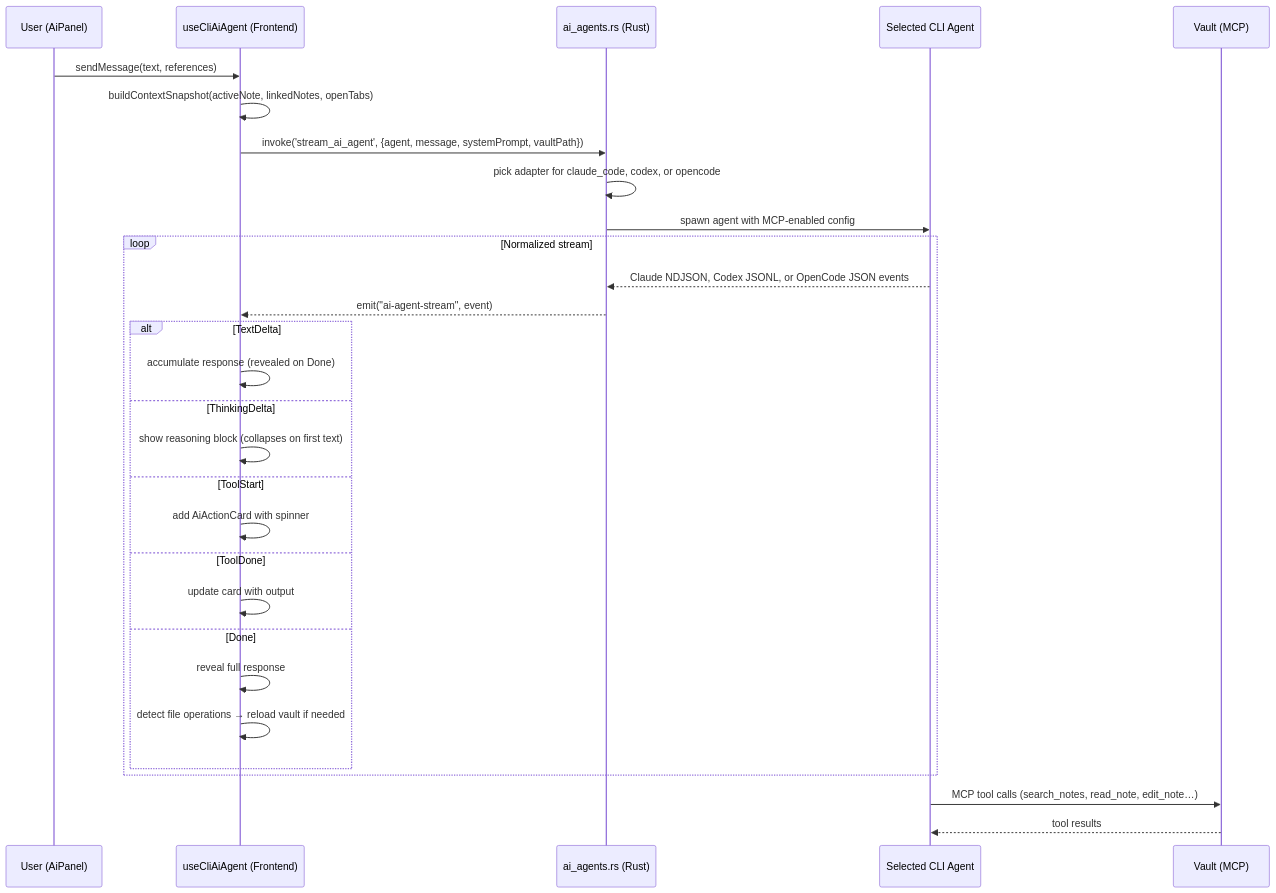
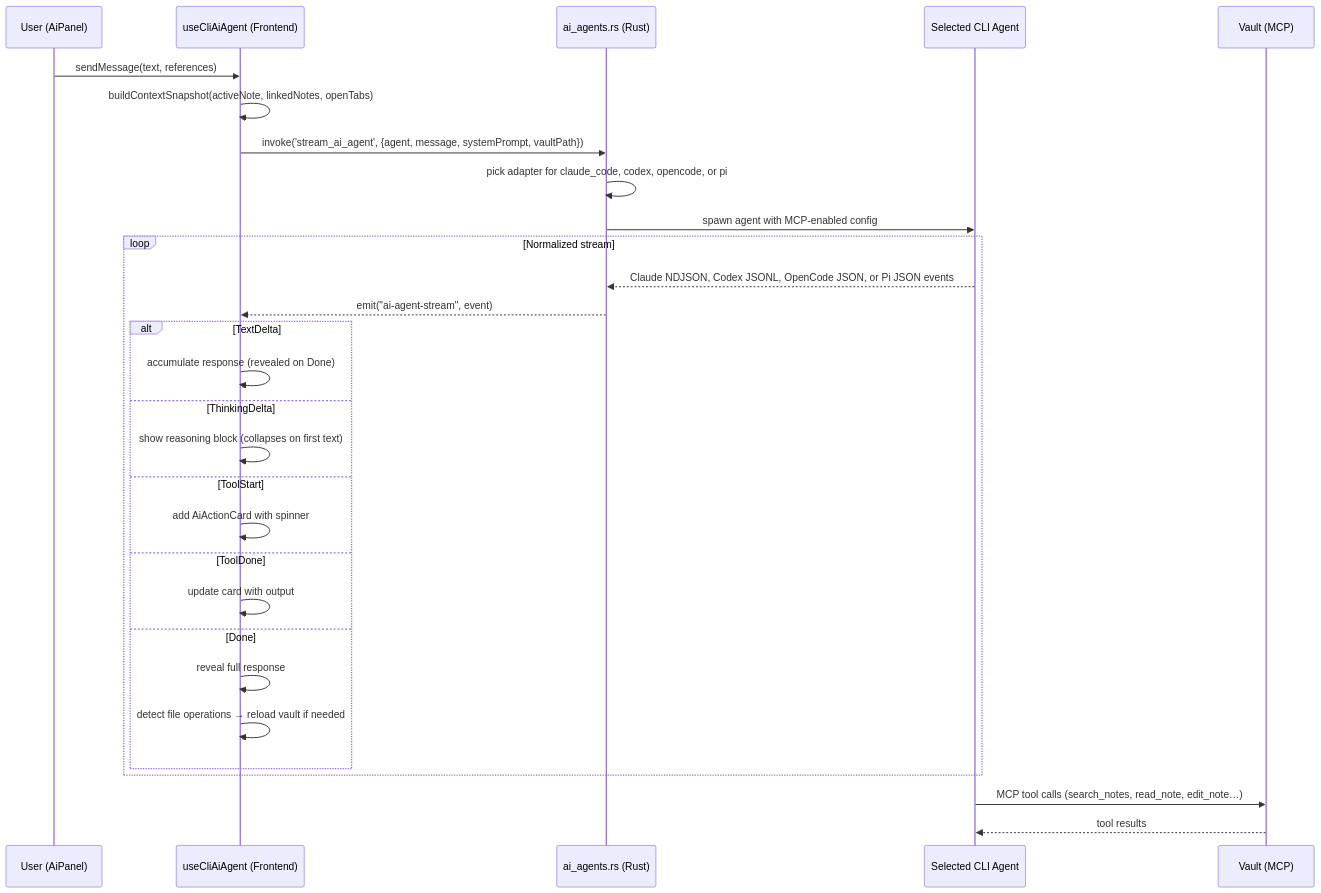
Before and after one commit to aimeritething/Fuwa: the third of 10 diagrams in docs/ARCHITECTURE.md, drawn with Mermaid. The commit also changed other lines of this file and 27 other files, not shown here.

````diff
--- a/docs/ARCHITECTURE.md
+++ b/docs/ARCHITECTURE.md
@@ -234,34 +234,34 @@
 ```mermaid
 sequenceDiagram
     participant U as User (AiPanel)
     participant FE as useCliAiAgent (Frontend)
     participant R as ai_agents.rs (Rust)
     participant C as Selected CLI Agent
     participant V as Vault (MCP)
 
     U->>FE: sendMessage(text, references)
     FE->>FE: buildContextSnapshot(activeNote, linkedNotes, openTabs)
     FE->>R: invoke('stream_ai_agent', {agent, message, systemPrompt, vaultPath})
-    R->>R: pick adapter for claude_code, codex, or opencode
+    R->>R: pick adapter for claude_code, codex, opencode, or pi
     R->>C: spawn agent with MCP-enabled config
 
     loop Normalized stream
-        C-->>R: Claude NDJSON, Codex JSONL, or OpenCode JSON events
+        C-->>R: Claude NDJSON, Codex JSONL, OpenCode JSON, or Pi JSON events
         R-->>FE: emit("ai-agent-stream", event)
         alt TextDelta
             FE->>FE: accumulate response (revealed on Done)
         else ThinkingDelta
             FE->>FE: show reasoning block (collapses on first text)
         else ToolStart
             FE->>FE: add AiActionCard with spinner
         else ToolDone
             FE->>FE: update card with output
         else Done
             FE->>FE: reveal full response
             FE->>FE: detect file operations → reload vault if needed
         end
     end
 
     C->>V: MCP tool calls (search_notes, read_note, edit_note…)
     V-->>C: tool results
 ```
````
